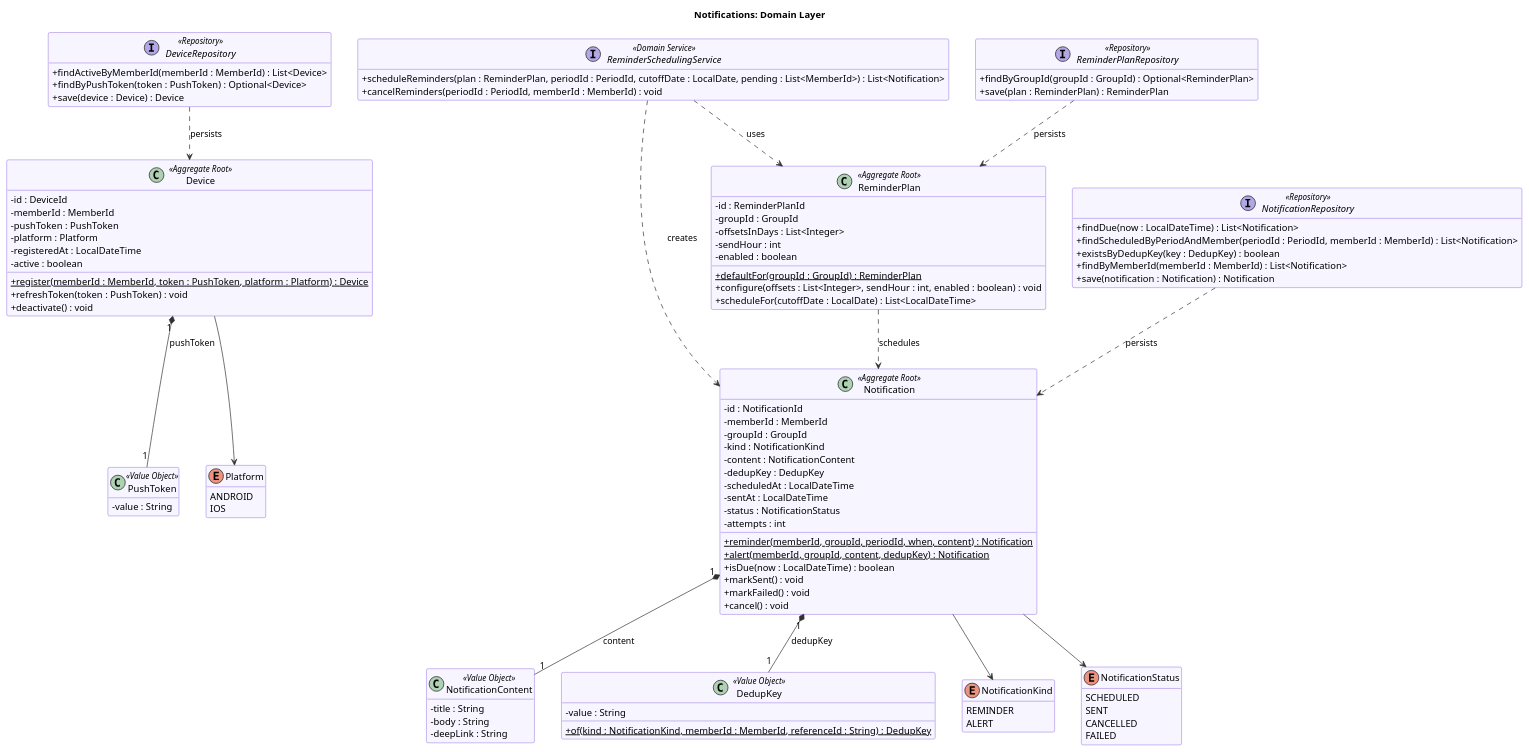
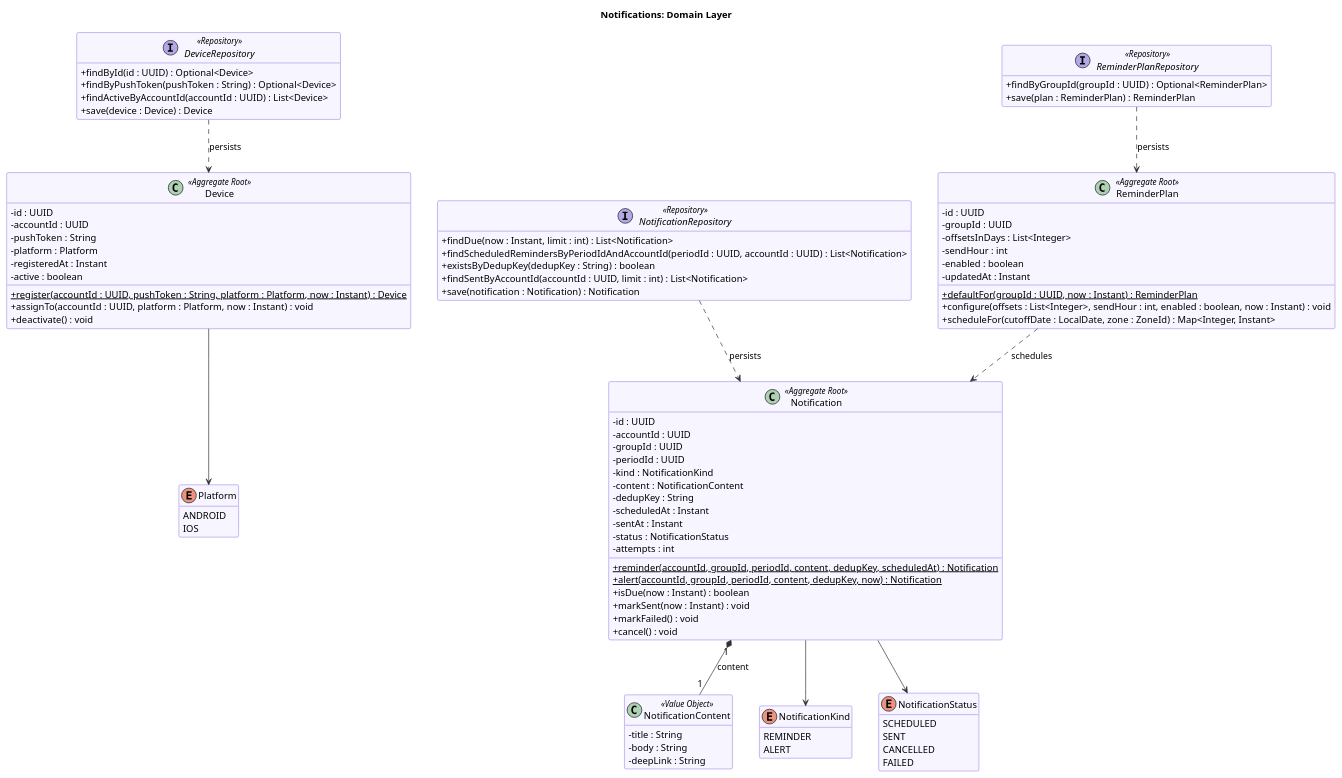
Before and after one commit to kerolabs/pozzo-doc: the diagram in docs/architecture/uml/notifications-domain.puml, drawn with PlantUML. The commit also changed 4 other files, not shown here.

Commit message:
fix: align the domain layer class diagrams with the backend

```diff
--- a/docs/architecture/uml/notifications-domain.puml
+++ b/docs/architecture/uml/notifications-domain.puml
@@ -1,127 +1,114 @@
 @startuml notifications-domain
 title Notifications: Domain Layer
 
 skinparam classAttributeIconSize 0
 skinparam shadowing false
 skinparam nodesep 40
 skinparam ranksep 60
 skinparam class {
   BackgroundColor #F7F5FF
   BorderColor #6631D7
   ArrowColor #313131
 }
 skinparam enum {
   BackgroundColor #FFFFFF
   BorderColor #8A8A7E
 }
 skinparam interface {
   BackgroundColor #FFFFFF
   BorderColor #8A8A7E
 }
 hide empty members
 
   class Device <<Aggregate Root>> {
-    - id : DeviceId
-    - memberId : MemberId
-    - pushToken : PushToken
+    - id : UUID
+    - accountId : UUID
+    - pushToken : String
     - platform : Platform
-    - registeredAt : LocalDateTime
+    - registeredAt : Instant
     - active : boolean
-    + register(memberId : MemberId, token : PushToken, platform : Platform) : Device {static}
-    + refreshToken(token : PushToken) : void
+    + register(accountId : UUID, pushToken : String, platform : Platform, now : Instant) : Device {static}
+    + assignTo(accountId : UUID, platform : Platform, now : Instant) : void
     + deactivate() : void
   }
 
   class ReminderPlan <<Aggregate Root>> {
-    - id : ReminderPlanId
-    - groupId : GroupId
+    - id : UUID
+    - groupId : UUID
     - offsetsInDays : List<Integer>
     - sendHour : int
     - enabled : boolean
-    + defaultFor(groupId : GroupId) : ReminderPlan {static}
-    + configure(offsets : List<Integer>, sendHour : int, enabled : boolean) : void
-    + scheduleFor(cutoffDate : LocalDate) : List<LocalDateTime>
+    - updatedAt : Instant
+    + defaultFor(groupId : UUID, now : Instant) : ReminderPlan {static}
+    + configure(offsets : List<Integer>, sendHour : int, enabled : boolean, now : Instant) : void
+    + scheduleFor(cutoffDate : LocalDate, zone : ZoneId) : Map<Integer, Instant>
   }
 
   class Notification <<Aggregate Root>> {
-    - id : NotificationId
-    - memberId : MemberId
-    - groupId : GroupId
+    - id : UUID
+    - accountId : UUID
+    - groupId : UUID
+    - periodId : UUID
     - kind : NotificationKind
     - content : NotificationContent
-    - dedupKey : DedupKey
-    - scheduledAt : LocalDateTime
-    - sentAt : LocalDateTime
+    - dedupKey : String
+    - scheduledAt : Instant
+    - sentAt : Instant
     - status : NotificationStatus
     - attempts : int
-    + reminder(memberId, groupId, periodId, when, content) : Notification {static}
-    + alert(memberId, groupId, content, dedupKey) : Notification {static}
-    + isDue(now : LocalDateTime) : boolean
-    + markSent() : void
+    + reminder(accountId, groupId, periodId, content, dedupKey, scheduledAt) : Notification {static}
+    + alert(accountId, groupId, periodId, content, dedupKey, now) : Notification {static}
+    + isDue(now : Instant) : boolean
+    + markSent(now : Instant) : void
     + markFailed() : void
     + cancel() : void
   }
 
   class NotificationContent <<Value Object>> {
     - title : String
     - body : String
     - deepLink : String
-  }
-  class DedupKey <<Value Object>> {
-    - value : String
-    + of(kind : NotificationKind, memberId : MemberId, referenceId : String) : DedupKey {static}
-  }
-  class PushToken <<Value Object>> {
-    - value : String
   }
 
   enum NotificationKind {
     REMINDER
     ALERT
   }
   enum NotificationStatus {
     SCHEDULED
     SENT
     CANCELLED
     FAILED
   }
   enum Platform {
     ANDROID
     IOS
   }
 
-  interface ReminderSchedulingService <<Domain Service>> {
-    + scheduleReminders(plan : ReminderPlan, periodId : PeriodId, cutoffDate : LocalDate, pending : List<MemberId>) : List<Notification>
-    + cancelReminders(periodId : PeriodId, memberId : MemberId) : void
-  }
-
   interface DeviceRepository <<Repository>> {
-    + findActiveByMemberId(memberId : MemberId) : List<Device>
-    + findByPushToken(token : PushToken) : Optional<Device>
+    + findById(id : UUID) : Optional<Device>
+    + findByPushToken(pushToken : String) : Optional<Device>
+    + findActiveByAccountId(accountId : UUID) : List<Device>
     + save(device : Device) : Device
   }
   interface ReminderPlanRepository <<Repository>> {
-    + findByGroupId(groupId : GroupId) : Optional<ReminderPlan>
+    + findByGroupId(groupId : UUID) : Optional<ReminderPlan>
     + save(plan : ReminderPlan) : ReminderPlan
   }
   interface NotificationRepository <<Repository>> {
-    + findDue(now : LocalDateTime) : List<Notification>
-    + findScheduledByPeriodAndMember(periodId : PeriodId, memberId : MemberId) : List<Notification>
-    + existsByDedupKey(key : DedupKey) : boolean
-    + findByMemberId(memberId : MemberId) : List<Notification>
+    + findDue(now : Instant, limit : int) : List<Notification>
+    + findScheduledRemindersByPeriodIdAndAccountId(periodId : UUID, accountId : UUID) : List<Notification>
+    + existsByDedupKey(dedupKey : String) : boolean
+    + findSentByAccountId(accountId : UUID, limit : int) : List<Notification>
     + save(notification : Notification) : Notification
   }
 
-Device "1" *-- "1" PushToken : pushToken
 Device --> Platform
 Notification "1" *-- "1" NotificationContent : content
-Notification "1" *-- "1" DedupKey : dedupKey
 Notification --> NotificationKind
 Notification --> NotificationStatus
 ReminderPlan ..> Notification : schedules
-ReminderSchedulingService ..> ReminderPlan : uses
-ReminderSchedulingService ..> Notification : creates
 DeviceRepository ..> Device : persists
 ReminderPlanRepository ..> ReminderPlan : persists
 NotificationRepository ..> Notification : persists
 @enduml
```
